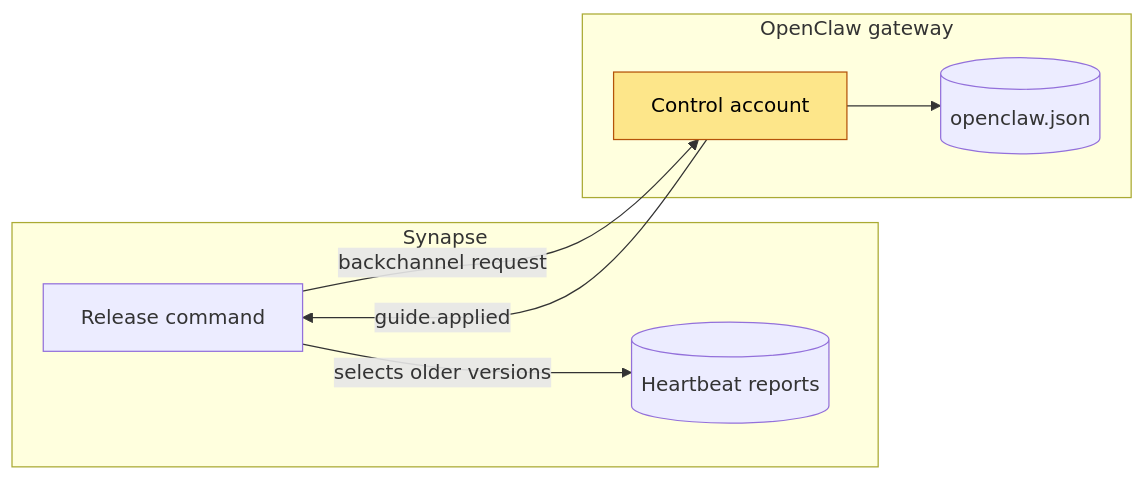
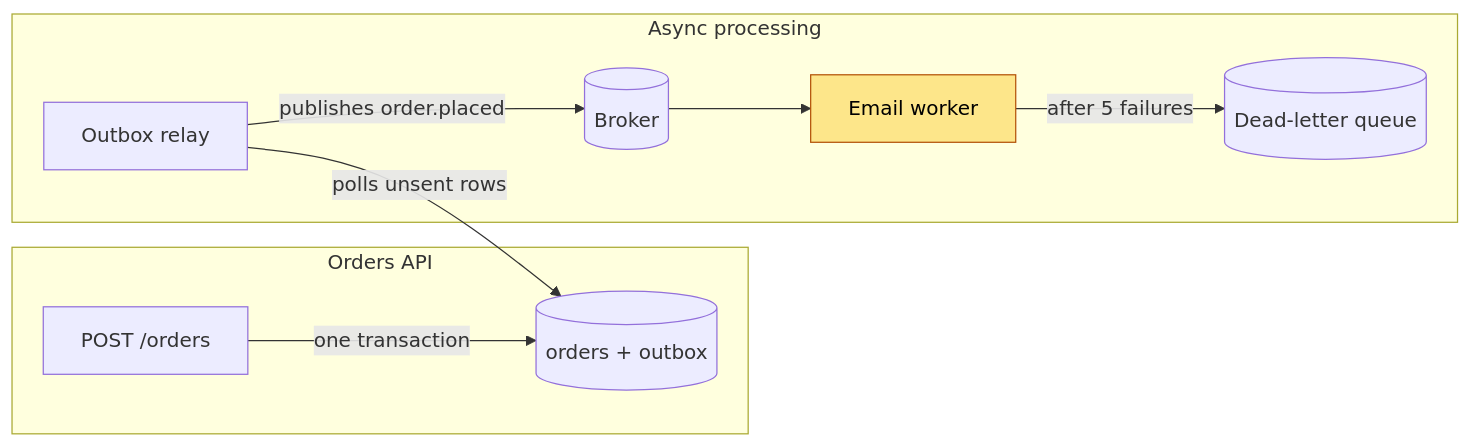
The first of 3 diagrams in fixtures/docs/guides/running-workers.md (pechitook/mdifit), drawn with Mermaid before and after one commit. The commit also changed other lines of this file and 8 other files, not shown here.

````diff
--- a/fixtures/docs/guides/running-workers.md
+++ b/fixtures/docs/guides/running-workers.md
@@ -33,17 +35,20 @@
 ```mermaid
 flowchart LR
-  subgraph Synapse["Synapse"]
-    REL["Release command"]
-    HB[("Heartbeat reports")]
+  subgraph API["Orders API"]
+    REQ["POST /orders"]
+    DB[("orders + outbox")]
   end
-  subgraph Agent["OpenClaw gateway"]
-    CTRL["Control account"]
-    CFG[("openclaw.json")]
+  subgraph Async["Async processing"]
+    RELAY["Outbox relay"]
+    BROKER[("Broker")]
+    WORKER["Email worker"]
+    DLQ[("Dead-letter queue")]
   end
-  REL -->|"selects older versions"| HB
-  REL -->|"backchannel request"| CTRL
-  CTRL -->|"guide.applied"| REL
-  CTRL --> CFG
-  classDef gw fill:#fde68a,stroke:#b45309,color:#000;
-  class CTRL gw;
+  REQ -->|"one transaction"| DB
+  RELAY -->|"polls unsent rows"| DB
+  RELAY -->|"publishes order.placed"| BROKER
+  BROKER --> WORKER
+  WORKER -->|"after 5 failures"| DLQ
+  classDef worker fill:#fde68a,stroke:#b45309,color:#000;
+  class WORKER worker;
 ```
````
